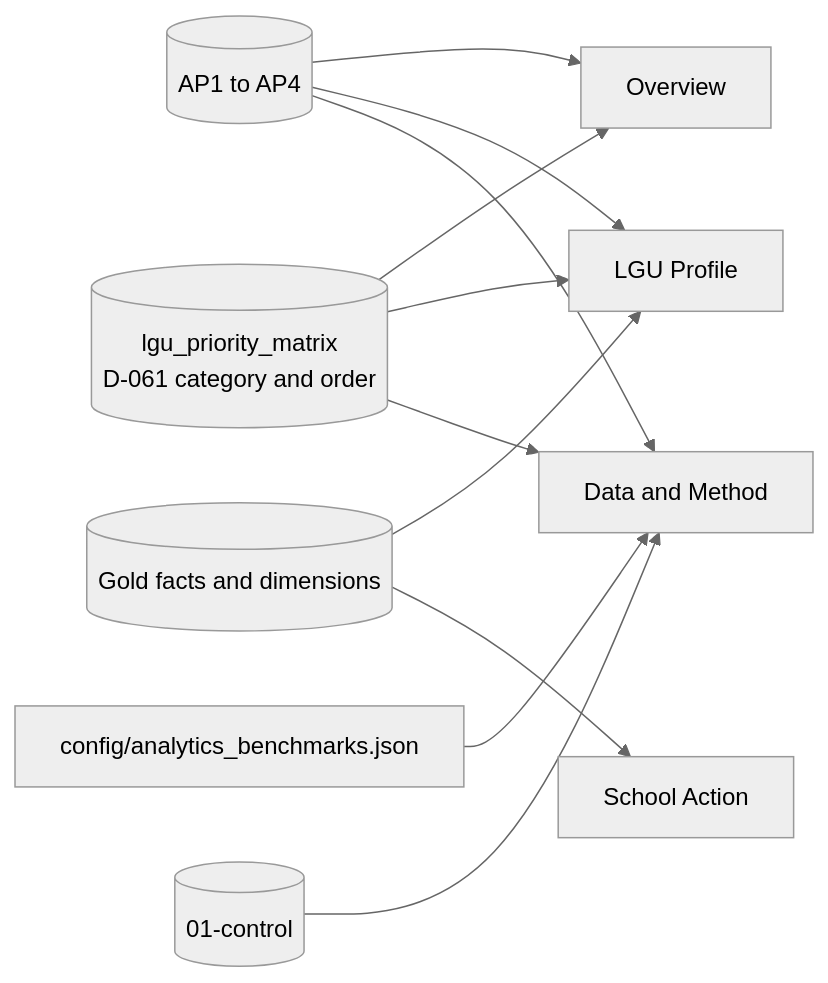
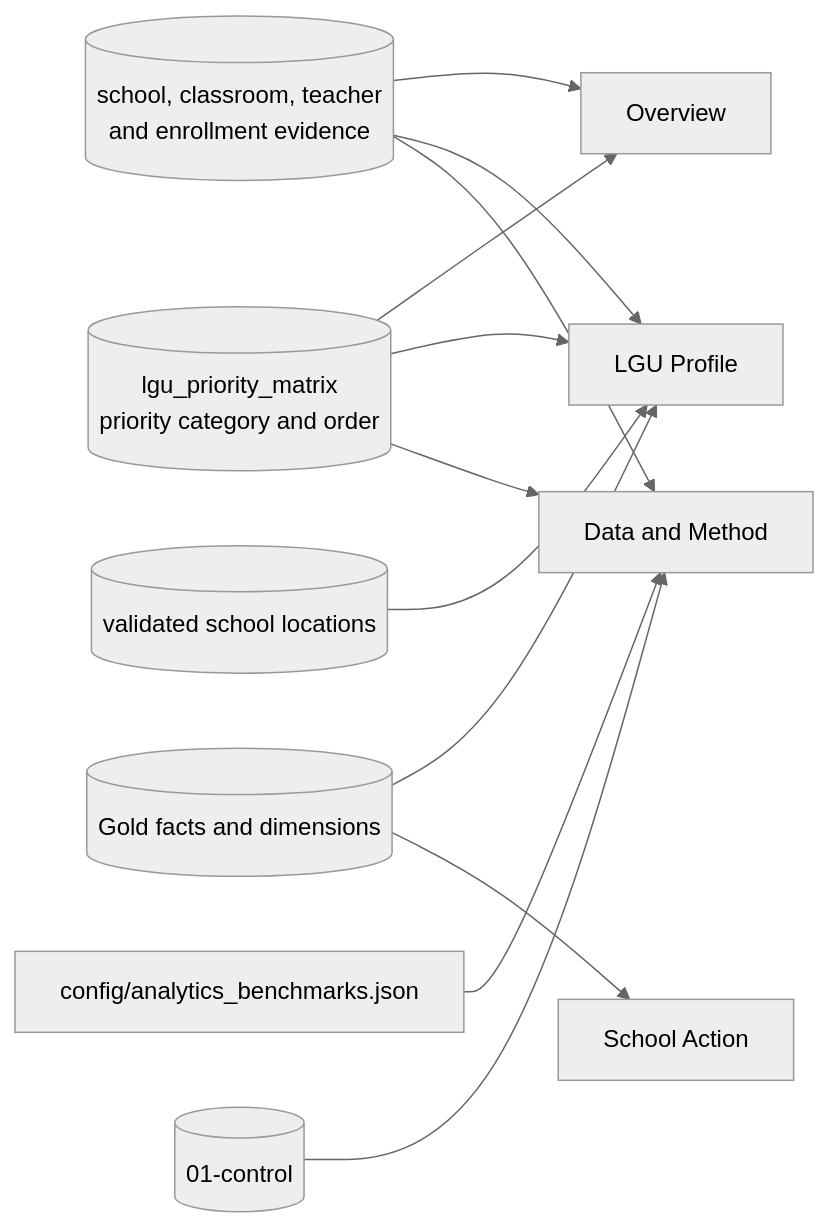
The second of 2 diagrams in dashboards/README.md (hyenalouise/edu-access-sandbox), drawn with Mermaid (neutral theme) before and after one commit. The commit also changed other lines of this file and 4 other files, not shown here.

````diff
--- a/dashboards/README.md
+++ b/dashboards/README.md
@@ -87,9 +87,10 @@
 ```mermaid
 flowchart LR
-    matrix[(lgu_priority_matrix<br/>D-061 category and order)] --> ov[Overview]
-    aps[(AP1 to AP4)] --> ov & pr[LGU Profile] & dm[Data and Method]
+    matrix[(lgu_priority_matrix<br/>priority category and order)] --> ov[Overview]
+    evidence[(school, classroom, teacher<br/>and enrollment evidence)] --> ov & pr[LGU Profile] & dm[Data and Method]
     matrix --> pr & dm
     gold[(Gold facts and dimensions)] --> pr & sa[School Action]
+    locations[(validated school locations)] --> pr
     refs[config/analytics_benchmarks.json] --> dm
     control[(01-control)] --> dm
 ```
````
